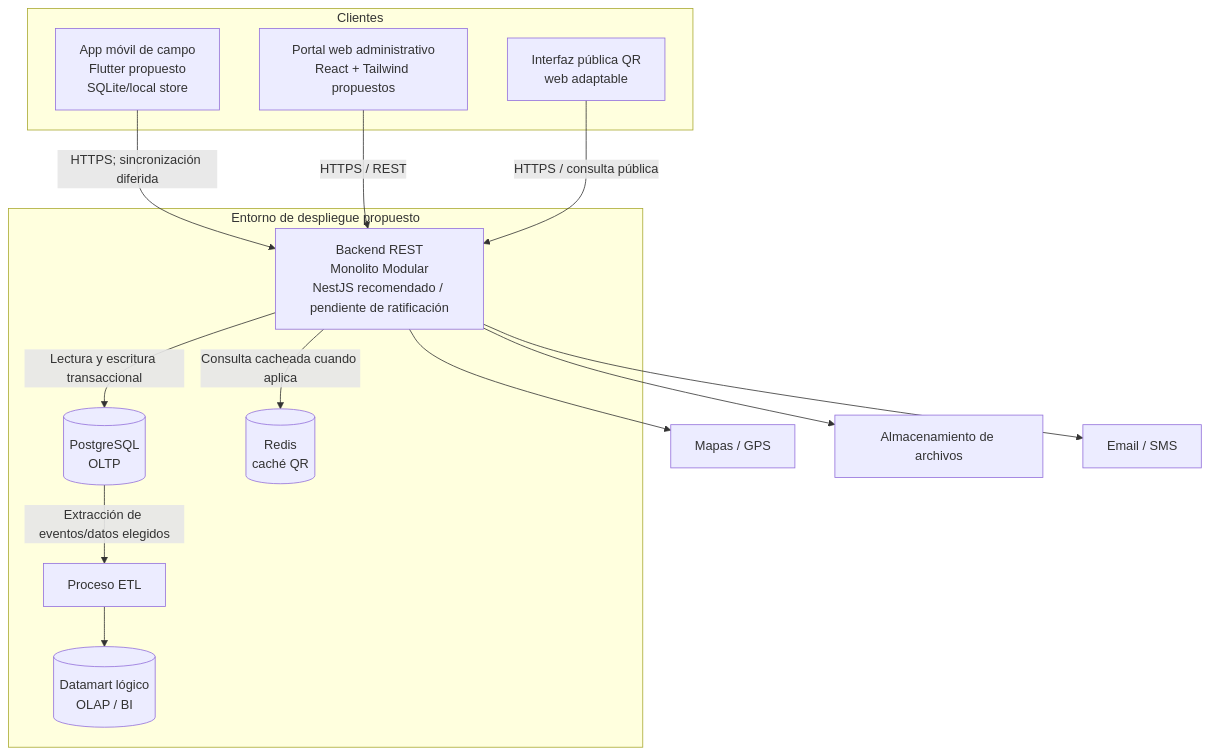
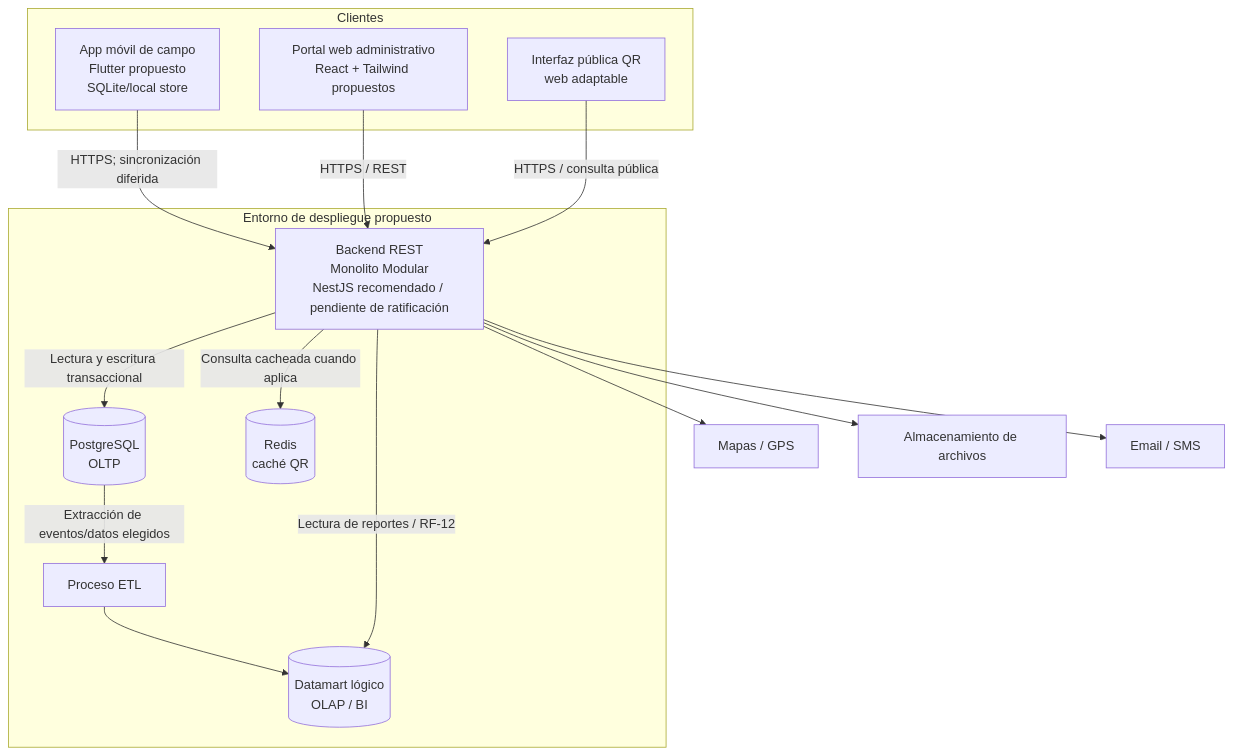
The second of 4 diagrams in docs/04-modelo-c4/modelo-c4.md (carlosgaraundo27-svg/Trazabilidad-Agricola-Arquitectura), drawn with Mermaid before and after one commit. The commit also changed other lines of this file and 4 other files, not shown here.

```diff
--- a/docs/04-modelo-c4/modelo-c4.md
+++ b/docs/04-modelo-c4/modelo-c4.md
@@ -53,31 +53,32 @@
 ~~~mermaid
 flowchart TB
     subgraph CLIENTES["Clientes"]
       MOBILE["App móvil de campo<br/>Flutter propuesto<br/>SQLite/local store"]
       WEB["Portal web administrativo<br/>React + Tailwind propuestos"]
       QR["Interfaz pública QR<br/>web adaptable"]
     end
 
     subgraph CLOUD["Entorno de despliegue propuesto"]
       API["Backend REST<br/>Monolito Modular<br/>NestJS recomendado / pendiente de ratificación"]
       PG[("PostgreSQL<br/>OLTP")]
       REDIS[("Redis<br/>caché QR")]
       ETL["Proceso ETL"]
       DM[("Datamart lógico<br/>OLAP / BI")]
     end
 
     MAPS["Mapas / GPS"]
     STORE["Almacenamiento de archivos"]
     NOTIFY["Email / SMS"]
 
     MOBILE -->|"HTTPS; sincronización diferida"| API
     WEB -->|"HTTPS / REST"| API
     QR -->|"HTTPS / consulta pública"| API
     API -->|"Lectura y escritura transaccional"| PG
     API -->|"Consulta cacheada cuando aplica"| REDIS
     PG -->|"Extracción de eventos/datos elegidos"| ETL
     ETL --> DM
+    API -->|"Lectura de reportes / RF-12"| DM
     API --> MAPS
     API --> STORE
     API --> NOTIFY
 ~~~
```
